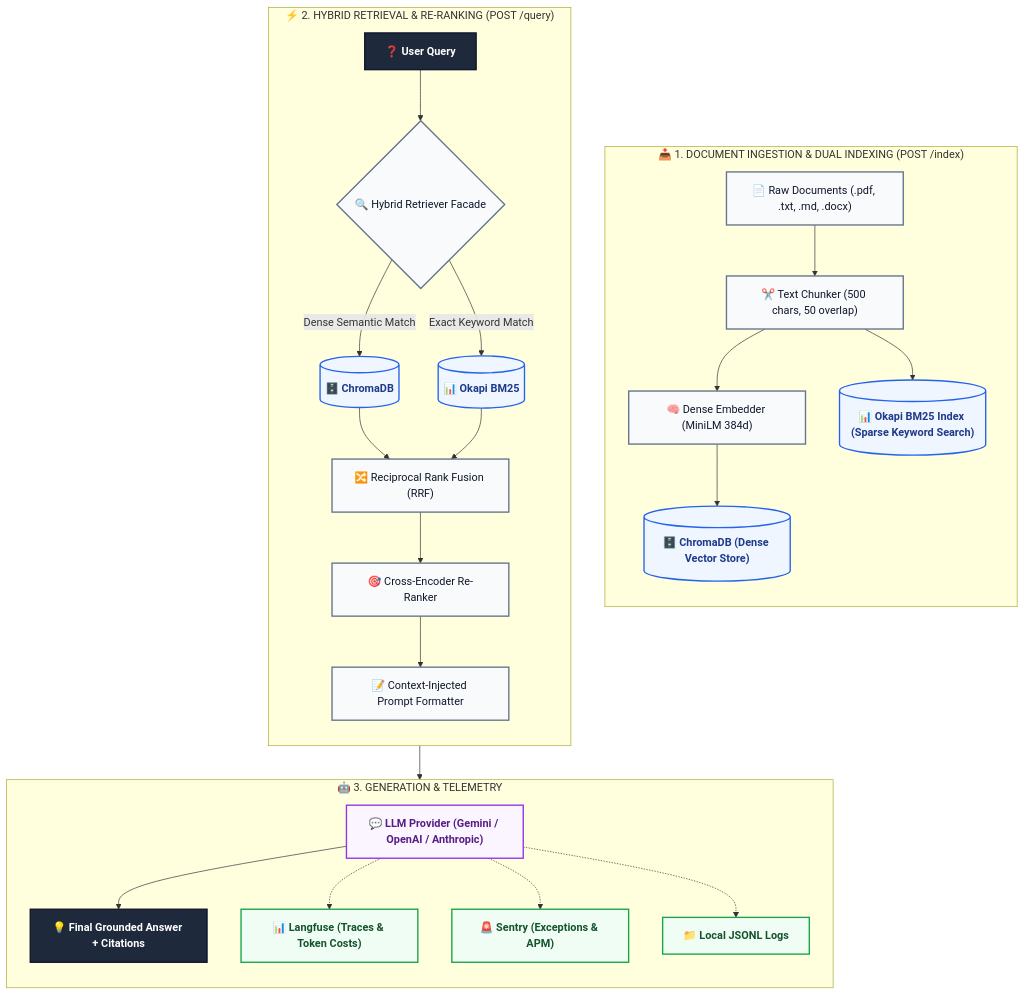
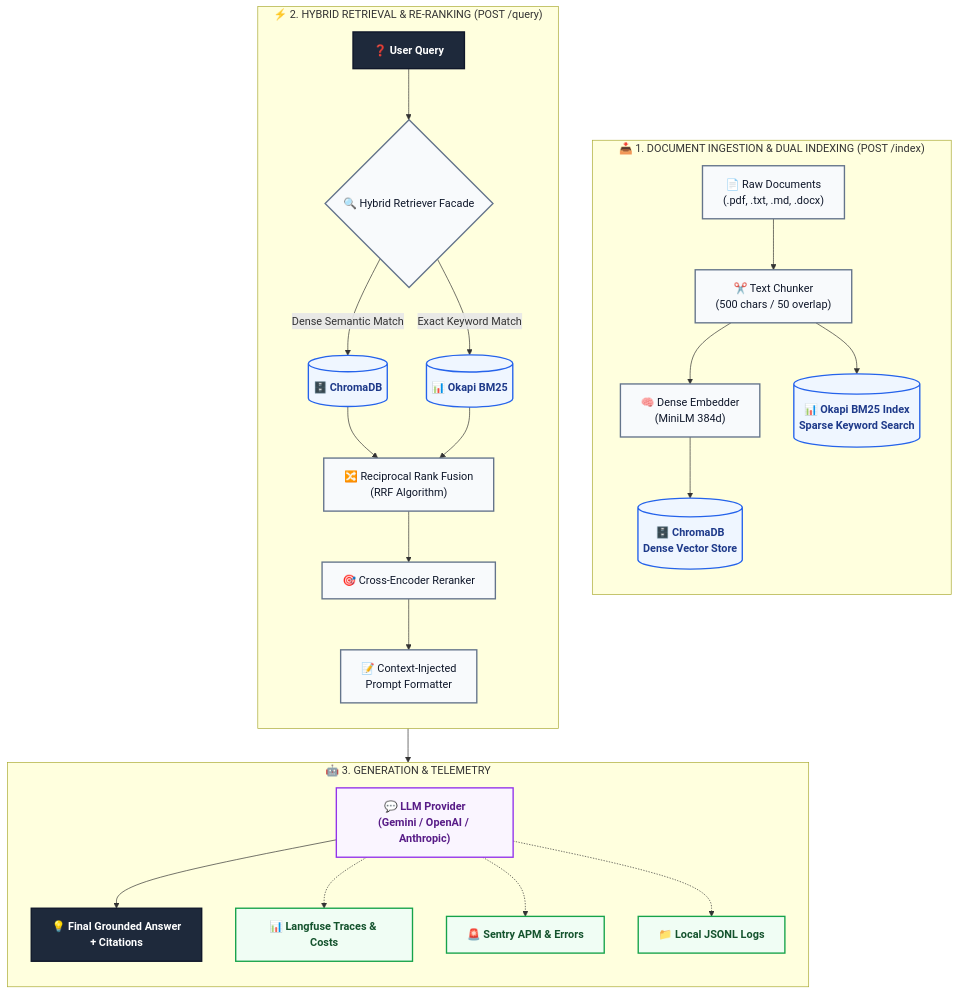
The diagram in README.md (Souheil007/Rag_Full_Version), drawn with Mermaid before and after one commit.

Commit message:
docs: add line breaks to Mermaid node labels to fix GitHub text clipping

````diff
--- a/README.md
+++ b/README.md
@@ -22,37 +22,37 @@
 ```mermaid
 flowchart TD
     %% Custom Styling
     classDef input fill:#1E293B,stroke:#0F172A,stroke-width:2px,color:#FFFFFF,font-weight:bold
     classDef process fill:#F8FAFC,stroke:#64748B,stroke-width:2px,color:#0F172A
     classDef storage fill:#EFF6FF,stroke:#2563EB,stroke-width:2px,color:#1E3A8A,font-weight:bold
     classDef llm fill:#FAF5FF,stroke:#9333EA,stroke-width:2px,color:#581C87,font-weight:bold
     classDef obs fill:#F0FDF4,stroke:#16A34A,stroke-width:2px,color:#14532D,font-weight:bold
 
     subgraph PHASE1 ["📥 1. DOCUMENT INGESTION & DUAL INDEXING (POST /index)"]
         direction TB
-        A1["📄 Raw Documents (.pdf, .txt, .md, .docx)"]:::process --> A2["✂️ Text Chunker (500 chars, 50 overlap)"]:::process
-        A2 --> A3["🧠 Dense Embedder (MiniLM 384d)"]:::process
-        A3 --> A4[("🗄️ ChromaDB (Dense Vector Store)")]:::storage
-        A2 --> A5[("📊 Okapi BM25 Index (Sparse Keyword Search)")]:::storage
+        A1["📄 Raw Documents<br/>(.pdf, .txt, .md, .docx)"]:::process --> A2["✂️ Text Chunker<br/>(500 chars / 50 overlap)"]:::process
+        A2 --> A3["🧠 Dense Embedder<br/>(MiniLM 384d)"]:::process
+        A3 --> A4[("🗄️ ChromaDB<br/>Dense Vector Store")]:::storage
+        A2 --> A5[("📊 Okapi BM25 Index<br/>Sparse Keyword Search")]:::storage
     end
 
     subgraph PHASE2 ["⚡ 2. HYBRID RETRIEVAL & RE-RANKING (POST /query)"]
         direction TB
         B1["❓ User Query"]:::input --> B2{"🔍 Hybrid Retriever Facade"}:::process
         B2 -->|Dense Semantic Match| B3[("🗄️ ChromaDB")]:::storage
         B2 -->|Exact Keyword Match| B4[("📊 Okapi BM25")]:::storage
-        B3 & B4 --> B5["🔀 Reciprocal Rank Fusion (RRF)"]:::process
-        B5 --> B6["🎯 Cross-Encoder Re-Ranker"]:::process
-        B6 --> B7["📝 Context-Injected Prompt Formatter"]:::process
+        B3 & B4 --> B5["🔀 Reciprocal Rank Fusion<br/>(RRF Algorithm)"]:::process
+        B5 --> B6["🎯 Cross-Encoder Reranker"]:::process
+        B6 --> B7["📝 Context-Injected<br/>Prompt Formatter"]:::process
     end
 
     subgraph PHASE3 ["🤖 3. GENERATION & TELEMETRY"]
         direction TB
-        B7 --> C1["💬 LLM Provider (Gemini / OpenAI / Anthropic)"]:::llm
-        C1 --> C2["💡 Final Grounded Answer + Citations"]:::input
+        B7 --> C1["💬 LLM Provider<br/>(Gemini / OpenAI / Anthropic)"]:::llm
+        C1 --> C2["💡 Final Grounded Answer<br/>+ Citations"]:::input
 
-        C1 -.-> D1["📊 Langfuse (Traces & Token Costs)"]:::obs
-        C1 -.-> D2["🚨 Sentry (Exceptions & APM)"]:::obs
+        C1 -.-> D1["📊 Langfuse Traces & Costs"]:::obs
+        C1 -.-> D2["🚨 Sentry APM & Errors"]:::obs
         C1 -.-> D3["📁 Local JSONL Logs"]:::obs
     end
 ```
````
